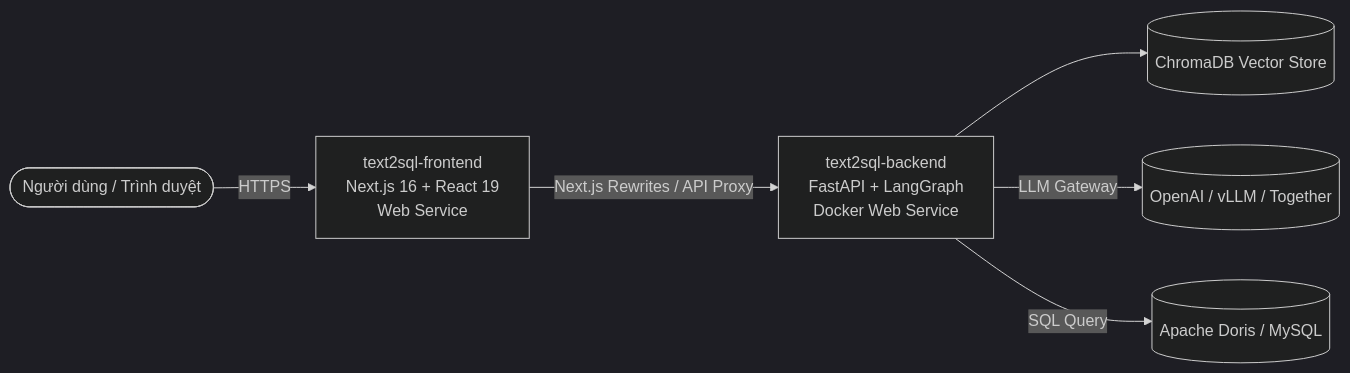
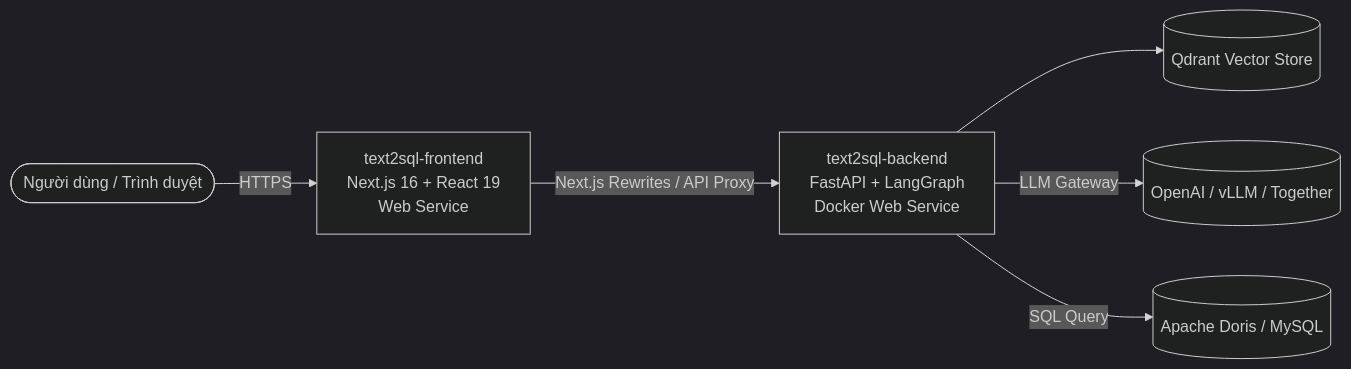
One commit to kien3007/AI-Agent-Text-to-SQL-Self-Service-Analytics changed the diagram in RENDER_DEPLOYMENT.md. Above: the diagram before and after it, drawn with Mermaid (dark theme). The commit also changed other lines of this file and 51 other files, not shown here.

````diff
--- a/RENDER_DEPLOYMENT.md
+++ b/RENDER_DEPLOYMENT.md
@@ -9,8 +9,8 @@
 ```mermaid
 graph LR
     User([Người dùng / Trình duyệt]) -->|HTTPS| Frontend[text2sql-frontend<br/>Next.js 16 + React 19<br/>Web Service]
     Frontend -->|Next.js Rewrites / API Proxy| Backend[text2sql-backend<br/>FastAPI + LangGraph<br/>Docker Web Service]
-    Backend --> Chroma[(ChromaDB Vector Store)]
+    Backend --> Qdrant[(Qdrant Vector Store)]
     Backend -->|LLM Gateway| LLM[(OpenAI / vLLM / Together)]
     Backend -->|SQL Query| Doris[(Apache Doris / MySQL)]
 ```
````
